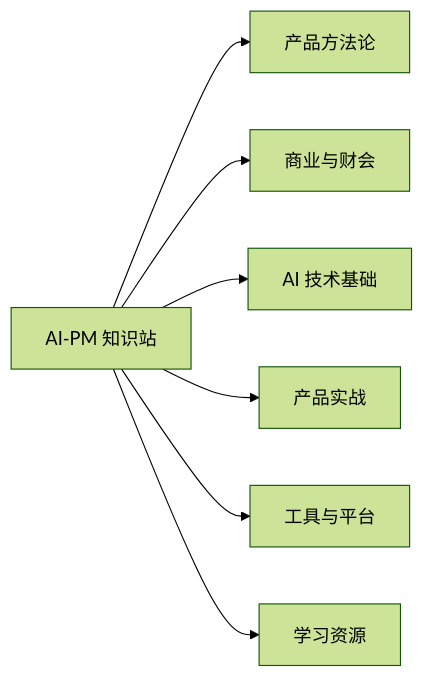
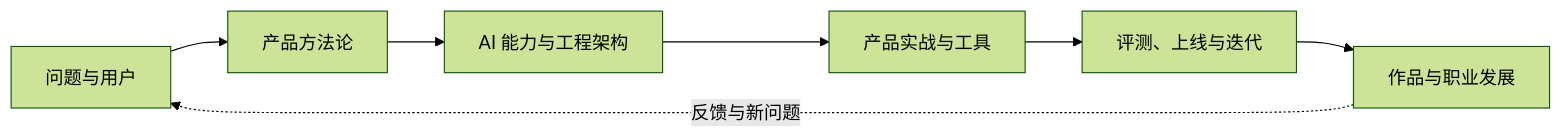
The diagram in docs/intro/about.md (AI-PM-Wiki/AIPM), drawn with Mermaid (forest theme) before and after one commit. The commit also changed other lines of this file and 26 other files, not shown here.

````diff
--- a/docs/intro/about.md
+++ b/docs/intro/about.md
@@ -24,9 +33,9 @@
 ```mermaid
 flowchart LR
-    site[AI-PM 知识站] --> pm[产品方法论]
-    site --> business[商业与财会]
-    site --> ai[AI 技术基础]
-    site --> practice[产品实战]
-    site --> tools[工具与平台]
-    site --> resources[学习资源]
+    problem[问题与用户] --> product[产品方法论]
+    product --> system[AI 能力与工程架构]
+    system --> practice[产品实战与工具]
+    practice --> eval[评测、上线与迭代]
+    eval --> career[作品与职业发展]
+    career -. 反馈与新问题 .-> problem
 ```
````
